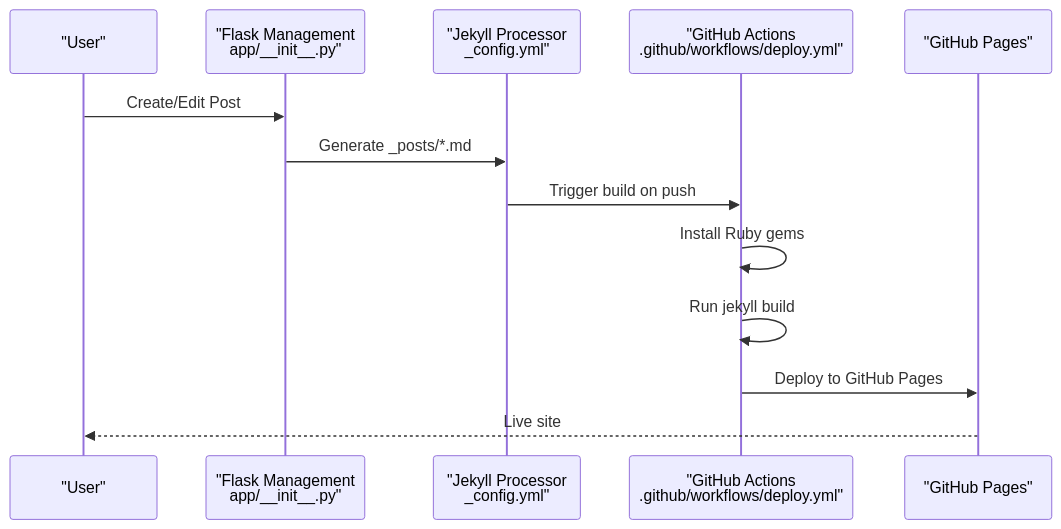
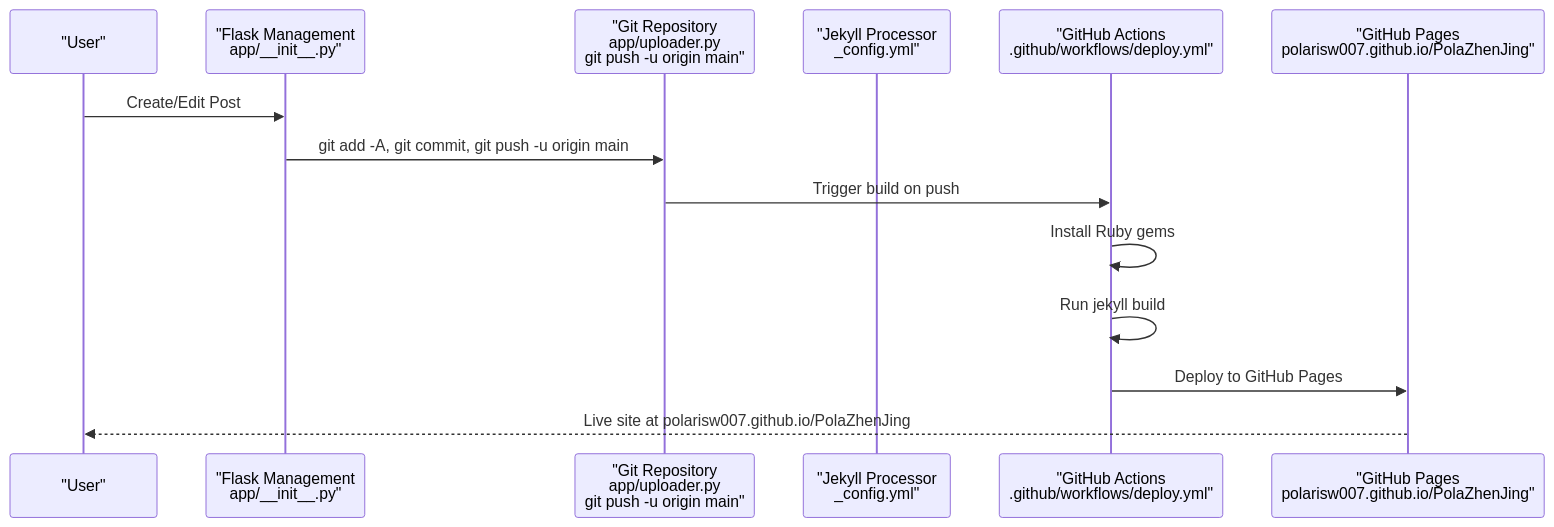
One commit to PolarisW007/PolaZhenJing changed the second of 4 diagrams in .qoder/repowiki/en/content/Backend Application/Publishing Pipeline.md. Above: the diagram before and after it, drawn with Mermaid. The commit also changed other lines of this file and 1 other file, not shown here.

````diff
--- a/.qoder/repowiki/en/content/Backend Application/Publishing Pipeline.md
+++ b/.qoder/repowiki/en/content/Backend Application/Publishing Pipeline.md
@@ -111,15 +116,16 @@
 ```mermaid
 sequenceDiagram
 participant User as "User"
 participant Flask as "Flask Management<br/>app/__init__.py"
+participant Git as "Git Repository<br/>app/uploader.py<br/>git push -u origin main"
 participant Jekyll as "Jekyll Processor<br/>_config.yml"
 participant GH as "GitHub Actions<br/>.github/workflows/deploy.yml"
-participant Pages as "GitHub Pages"
+participant Pages as "GitHub Pages<br/>polarisw007.github.io/PolaZhenJing"
 User->>Flask : Create/Edit Post
-Flask->>Jekyll : Generate _posts/*.md
-Jekyll->>GH : Trigger build on push
+Flask->>Git : git add -A, git commit, git push -u origin main
+Git->>GH : Trigger build on push
 GH->>GH : Install Ruby gems
 GH->>GH : Run jekyll build
 GH->>Pages : Deploy to GitHub Pages
-Pages-->>User : Live site
+Pages-->>User : Live site at polarisw007.github.io/PolaZhenJing
 ```
````
